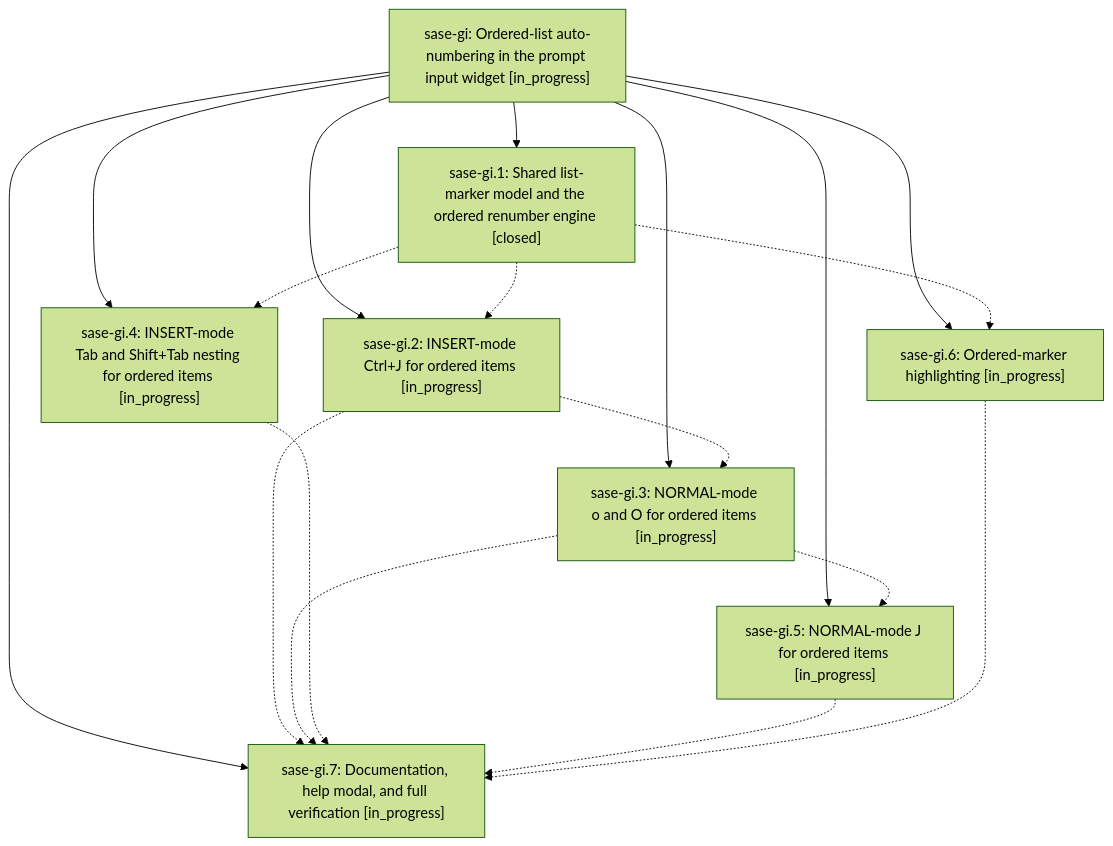
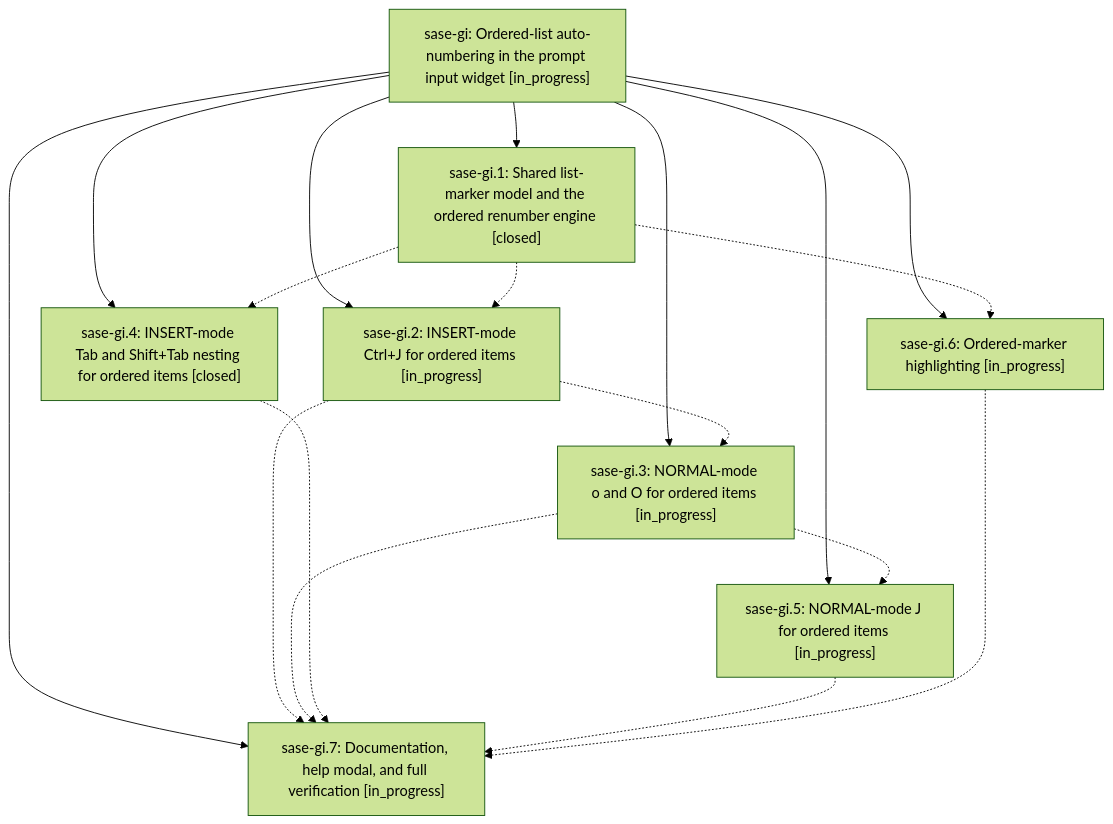
Before and after one commit to sase-org/sase--beads: the diagram in pages/sase-gi/README.md, drawn with Mermaid (forest theme). The commit also changed other lines of this file and 3 other files, not shown here.

````diff
--- a/pages/sase-gi/README.md
+++ b/pages/sase-gi/README.md
@@ -28,28 +28,28 @@
 ```mermaid
 flowchart TD
     n0["sase-gi: Ordered-list auto-numbering in the prompt input widget [in_progress]"]
     n1["sase-gi.1: Shared list-marker model and the ordered renumber engine [closed]"]
     n2["sase-gi.2: INSERT-mode Ctrl+J for ordered items [in_progress]"]
     n3["sase-gi.3: NORMAL-mode o and O for ordered items [in_progress]"]
-    n4["sase-gi.4: INSERT-mode Tab and Shift+Tab nesting for ordered items [in_progress]"]
+    n4["sase-gi.4: INSERT-mode Tab and Shift+Tab nesting for ordered items [closed]"]
     n5["sase-gi.5: NORMAL-mode J for ordered items [in_progress]"]
     n6["sase-gi.6: Ordered-marker highlighting [in_progress]"]
     n7["sase-gi.7: Documentation, help modal, and full verification [in_progress]"]
     n0 --> n1
     n0 --> n2
     n0 --> n3
     n0 --> n4
     n0 --> n5
     n0 --> n6
     n0 --> n7
     n1 -.-> n2
     n1 -.-> n4
     n1 -.-> n6
     n2 -.-> n3
     n2 -.-> n7
     n3 -.-> n5
     n3 -.-> n7
     n4 -.-> n7
     n5 -.-> n7
     n6 -.-> n7
 ```
````
